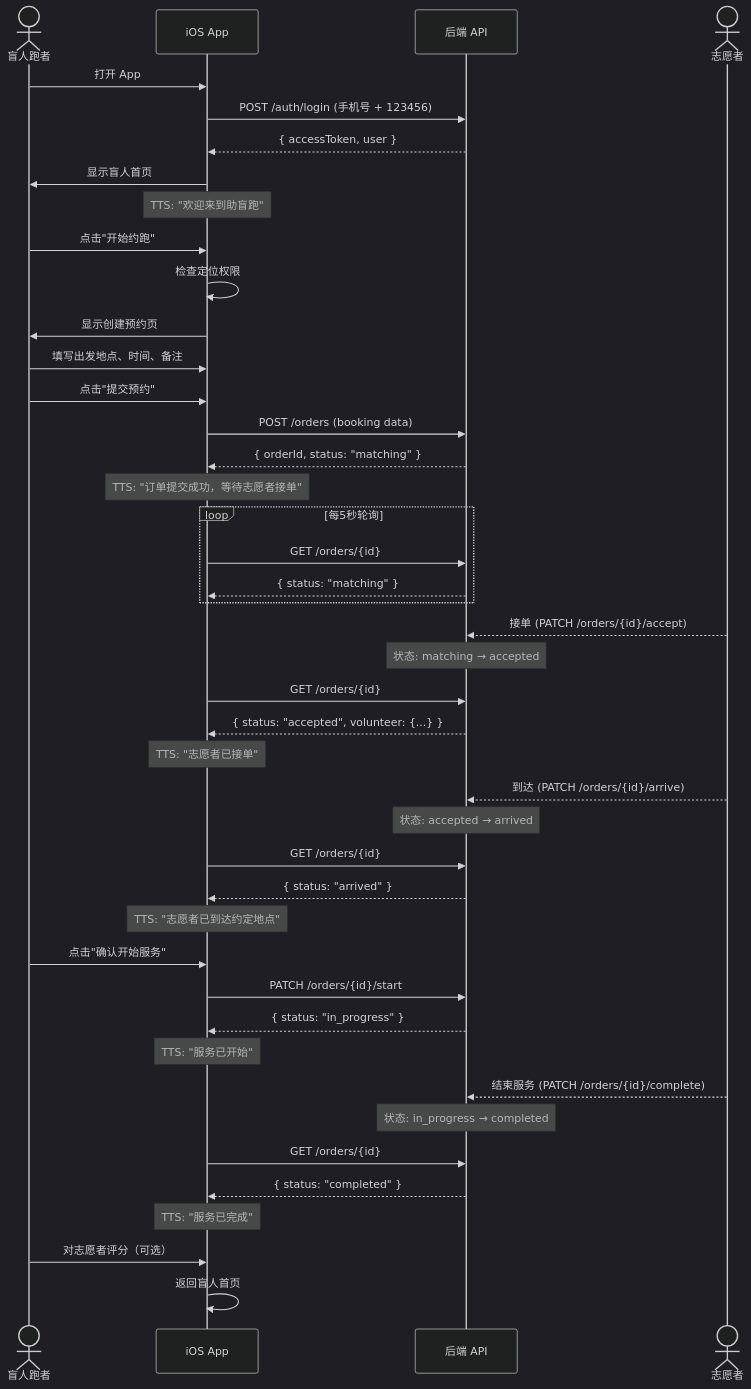
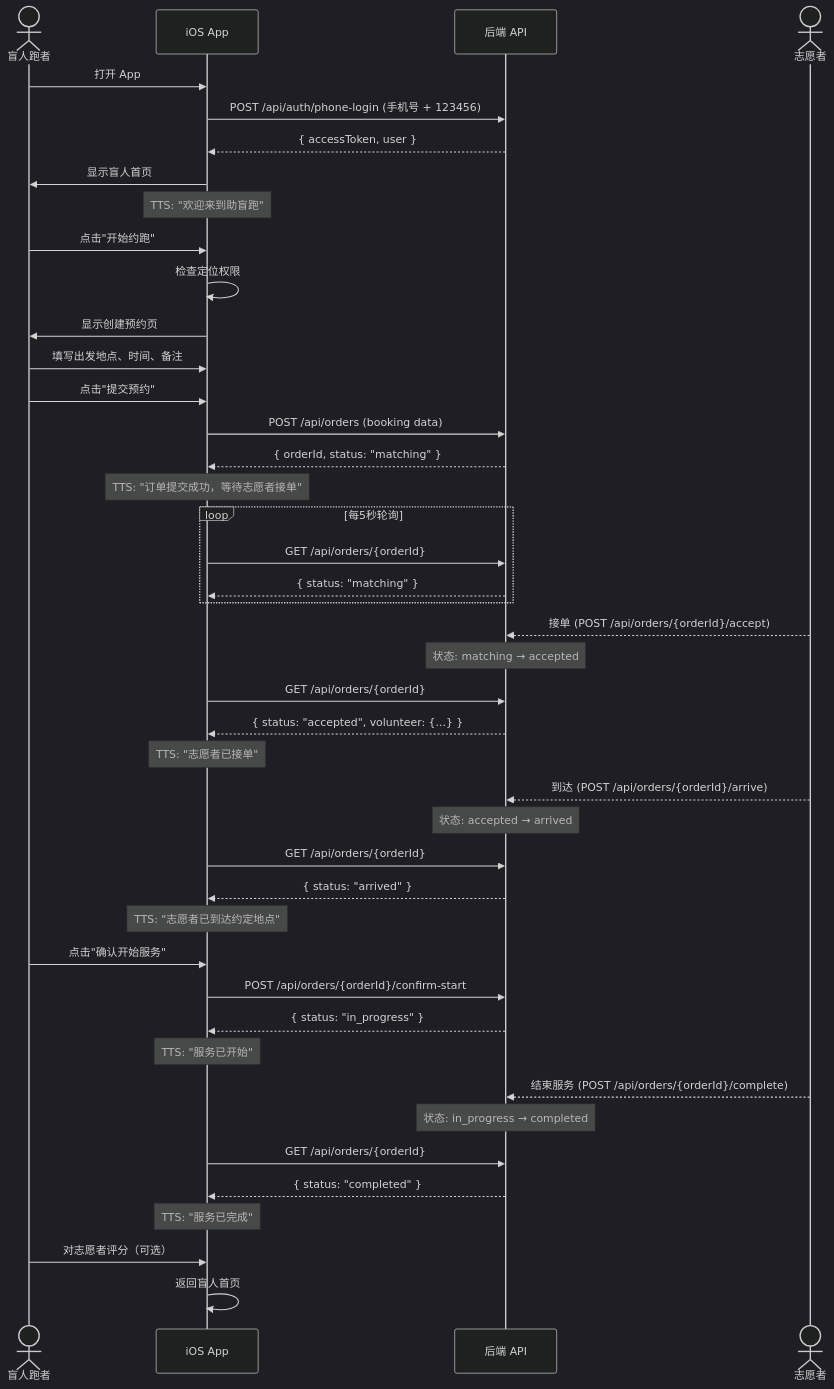
One commit to Jayden23018/blind-run-ios changed the third of 7 diagrams in docs/04-user-flows-and-state-machine.md. Above: the diagram before and after it, drawn with Mermaid (dark theme). The commit also changed other lines of this file and 8 other files, not shown here.

````diff
--- a/docs/04-user-flows-and-state-machine.md
+++ b/docs/04-user-flows-and-state-machine.md
@@ -124,57 +122,57 @@
 ```mermaid
 sequenceDiagram
     actor BR as 盲人跑者
     participant App as iOS App
     participant API as 后端 API
     actor VOL as 志愿者
 
     BR->>App: 打开 App
-    App->>API: POST /auth/login (手机号 + 123456)
+    App->>API: POST /api/auth/phone-login (手机号 + 123456)
     API-->>App: { accessToken, user }
     App->>BR: 显示盲人首页
     Note over App: TTS: "欢迎来到助盲跑"
 
     BR->>App: 点击"开始约跑"
     App->>App: 检查定位权限
     App->>BR: 显示创建预约页
 
     BR->>App: 填写出发地点、时间、备注
     BR->>App: 点击"提交预约"
-    App->>API: POST /orders (booking data)
+    App->>API: POST /api/orders (booking data)
     API-->>App: { orderId, status: "matching" }
     Note over App: TTS: "订单提交成功，等待志愿者接单"
 
     loop 每5秒轮询
-        App->>API: GET /orders/{id}
+        App->>API: GET /api/orders/{orderId}
         API-->>App: { status: "matching" }
     end
 
-    VOL-->>API: 接单 (PATCH /orders/{id}/accept)
+    VOL-->>API: 接单 (POST /api/orders/{orderId}/accept)
     Note over API: 状态: matching → accepted
 
-    App->>API: GET /orders/{id}
+    App->>API: GET /api/orders/{orderId}
     API-->>App: { status: "accepted", volunteer: {...} }
     Note over App: TTS: "志愿者已接单"
 
-    VOL-->>API: 到达 (PATCH /orders/{id}/arrive)
+    VOL-->>API: 到达 (POST /api/orders/{orderId}/arrive)
     Note over API: 状态: accepted → arrived
 
-    App->>API: GET /orders/{id}
+    App->>API: GET /api/orders/{orderId}
     API-->>App: { status: "arrived" }
     Note over App: TTS: "志愿者已到达约定地点"
 
     BR->>App: 点击"确认开始服务"
-    App->>API: PATCH /orders/{id}/start
+    App->>API: POST /api/orders/{orderId}/confirm-start
     API-->>App: { status: "in_progress" }
     Note over App: TTS: "服务已开始"
 
-    VOL-->>API: 结束服务 (PATCH /orders/{id}/complete)
+    VOL-->>API: 结束服务 (POST /api/orders/{orderId}/complete)
     Note over API: 状态: in_progress → completed
 
-    App->>API: GET /orders/{id}
+    App->>API: GET /api/orders/{orderId}
     API-->>App: { status: "completed" }
     Note over App: TTS: "服务已完成"
 
     BR->>App: 对志愿者评分（可选）
     App->>App: 返回盲人首页
 ```
````
